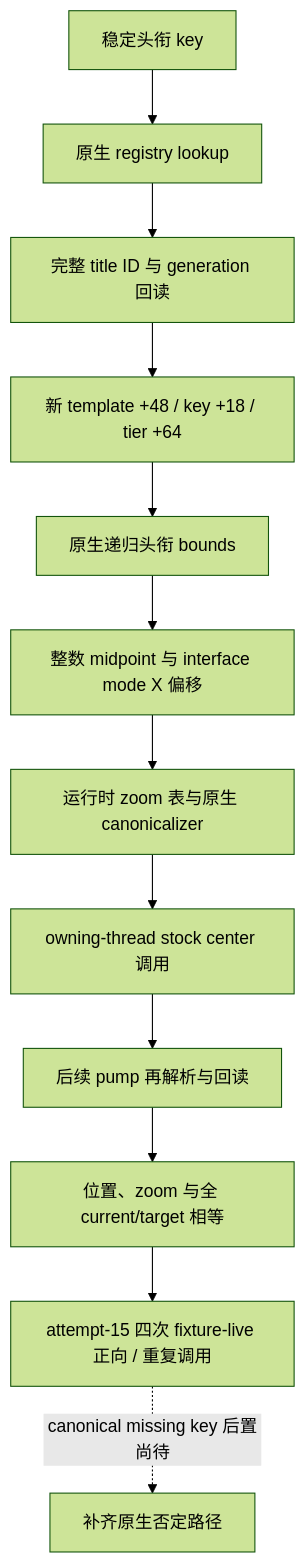
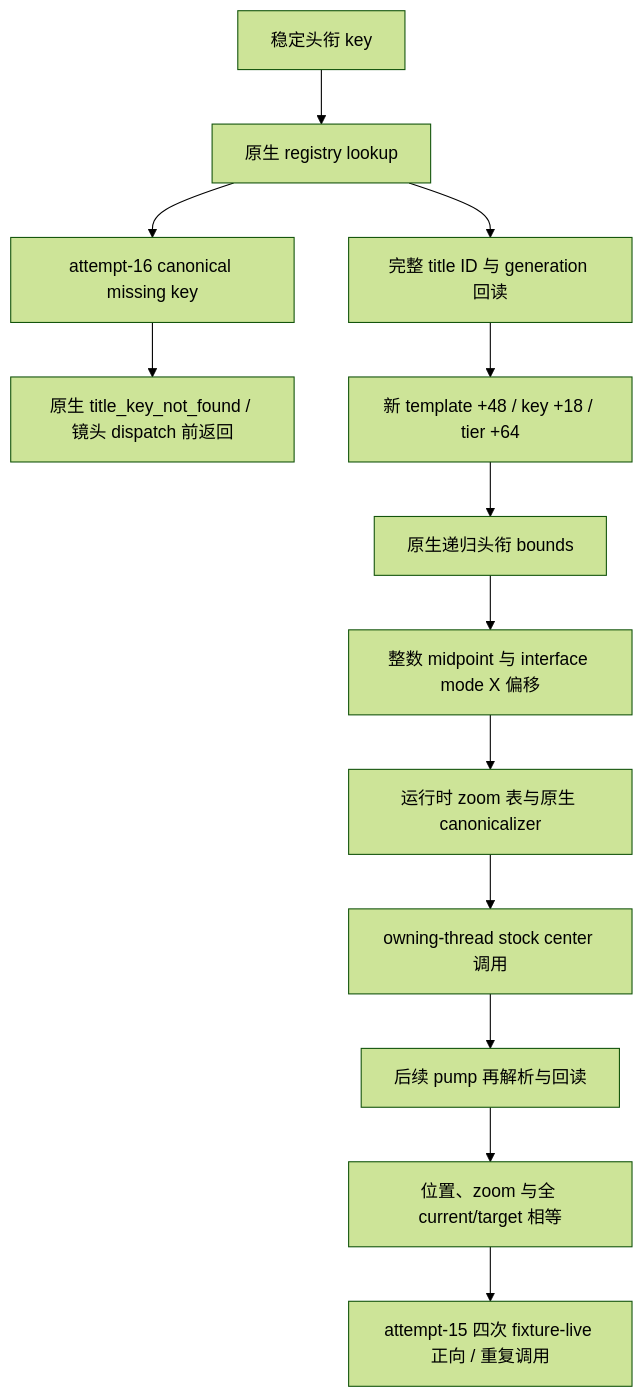
The diagram in docs/ck3-1.20.0.2-title-map-migration.md (XenoAmess/ck3_eternal_recurrence), drawn with Mermaid (forest theme) before and after one commit. The commit also changed other lines of this file and 9 other files, not shown here.

````diff
--- a/docs/ck3-1.20.0.2-title-map-migration.md
+++ b/docs/ck3-1.20.0.2-title-map-migration.md
@@ -25,14 +25,15 @@
 ```mermaid
 flowchart TD
     K[稳定头衔 key] --> L[原生 registry lookup]
     L --> I[完整 title ID 与 generation 回读]
+    L --> N[attempt-16 canonical missing key]
+    N --> F[原生 title_key_not_found / 镜头 dispatch 前返回]
     I --> T[新 template +48 / key +18 / tier +64]
     T --> B[原生递归头衔 bounds]
     B --> P[整数 midpoint 与 interface mode X 偏移]
     P --> Z[运行时 zoom 表与原生 canonicalizer]
     Z --> D[owning-thread stock center 调用]
     D --> R[后续 pump 再解析与回读]
     R --> S[位置、zoom 与全 current/target 相等]
     S --> V[attempt-15 四次 fixture-live 正向 / 重复调用]
-    V -. canonical missing key 后置尚待 .-> N[补齐原生否定路径]
 ```
````
